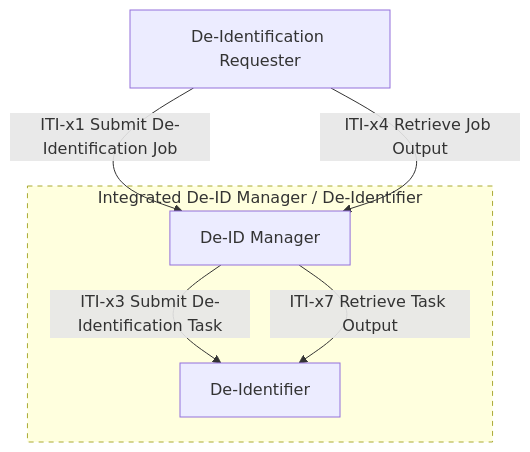
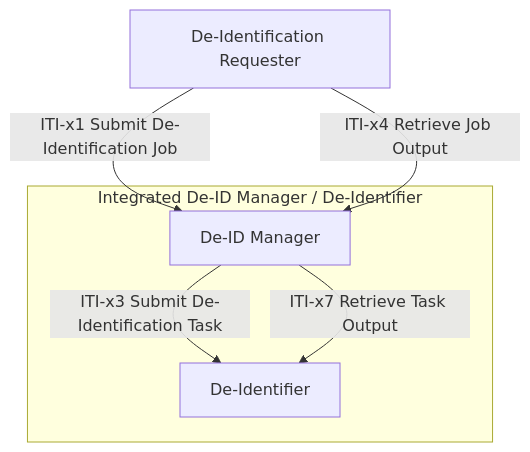
Before and after one commit to IHE/ITI.DIS: the diagram in README.md, drawn with Mermaid. The commit also changed 1 other file, not shown here.

Commit message:
Remove mermaid style on subgraph to fix rendering error
style on subgraph nodes causes "Cannot read properties of null
(reading getAttribute)" in the IG Publisher mermaid renderer.
Remove from both volume-1.md and README.md.

````diff
--- a/README.md
+++ b/README.md
@@ -62,16 +62,14 @@
 ```mermaid
 flowchart TB
     REQ["De-Identification Requester"]
 
     subgraph INT ["Integrated De-ID Manager / De-Identifier"]
         MGR["De-ID Manager"]
         DI["De-Identifier"]
     end
 
     REQ -->|"ITI-x1 Submit De-Identification Job"| MGR
     REQ -->|"ITI-x4 Retrieve Job Output"| MGR
     MGR -->|"ITI-x3 Submit De-Identification Task"| DI
     MGR -->|"ITI-x7 Retrieve Task Output"| DI
-
-    style INT stroke-dasharray: 5 5
 ```
````
